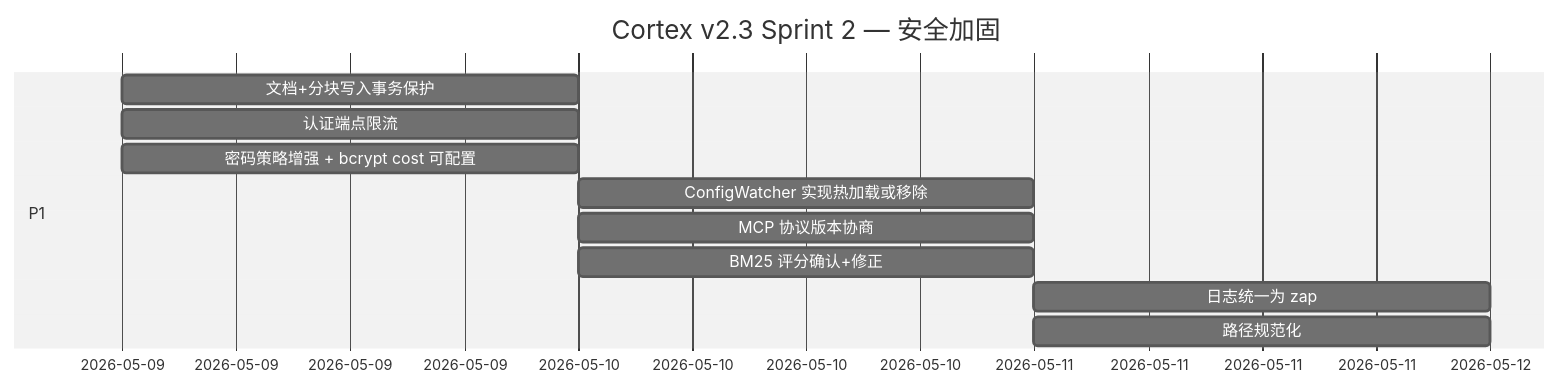
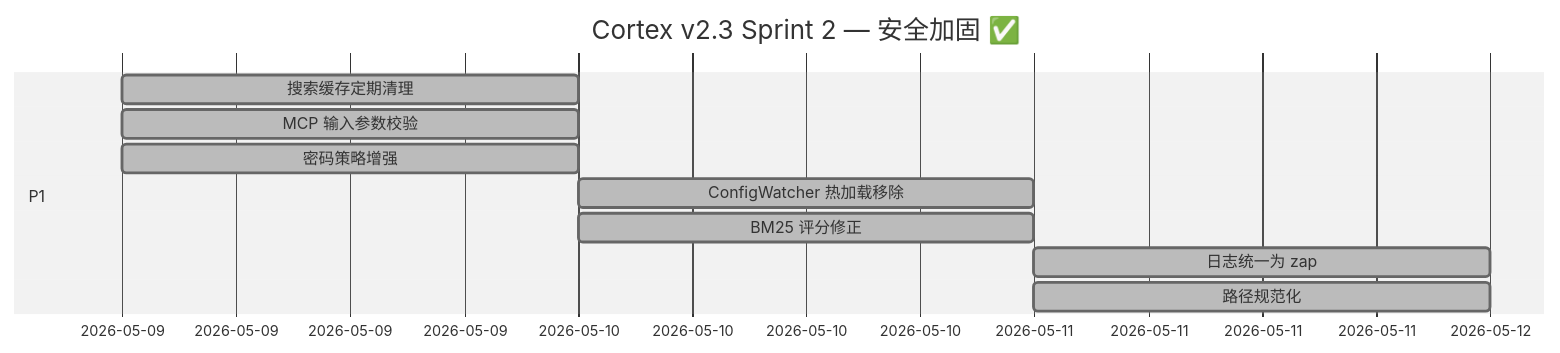
Before and after one commit to lh123aa/cortex: the second of 4 diagrams in ITERATION_PLAN.md, drawn with Mermaid (neutral theme). The commit also changed other lines of this file and 4 other files, not shown here.

````diff
--- a/ITERATION_PLAN.md
+++ b/ITERATION_PLAN.md
@@ -330,14 +329,13 @@
 ```mermaid
 gantt
-    title Cortex v2.3 Sprint 2 — 安全加固
+    title Cortex v2.3 Sprint 2 — 安全加固 ✅
     dateFormat  YYYY-MM-DD
     section P1
-    文档+分块写入事务保护                    :c1, 2026-05-09, 1d
-    认证端点限流                            :c2, 2026-05-09, 1d
-    密码策略增强 + bcrypt cost 可配置        :c3, 2026-05-09, 0.5d
-    ConfigWatcher 实现热加载或移除           :c4, 2026-05-10, 1d
-    MCP 协议版本协商                        :c5, 2026-05-10, 1d
-    BM25 评分确认+修正                      :c6, 2026-05-10, 0.5d
-    日志统一为 zap                          :c7, 2026-05-11, 1d
-    路径规范化                              :c8, 2026-05-11, 0.5d
+    搜索缓存定期清理                        :done, c1, 2026-05-09, 1d
+    MCP 输入参数校验                        :done, c2, 2026-05-09, 0.5d
+    密码策略增强                            :done, c3, 2026-05-09, 0.5d
+    ConfigWatcher 热加载移除                :done, c4, 2026-05-10, 1d
+    BM25 评分修正                          :done, c5, 2026-05-10, 0.5d
+    日志统一为 zap                          :done, c6, 2026-05-11, 1d
+    路径规范化                              :done, c7, 2026-05-11, 0.5d
 ```
````
